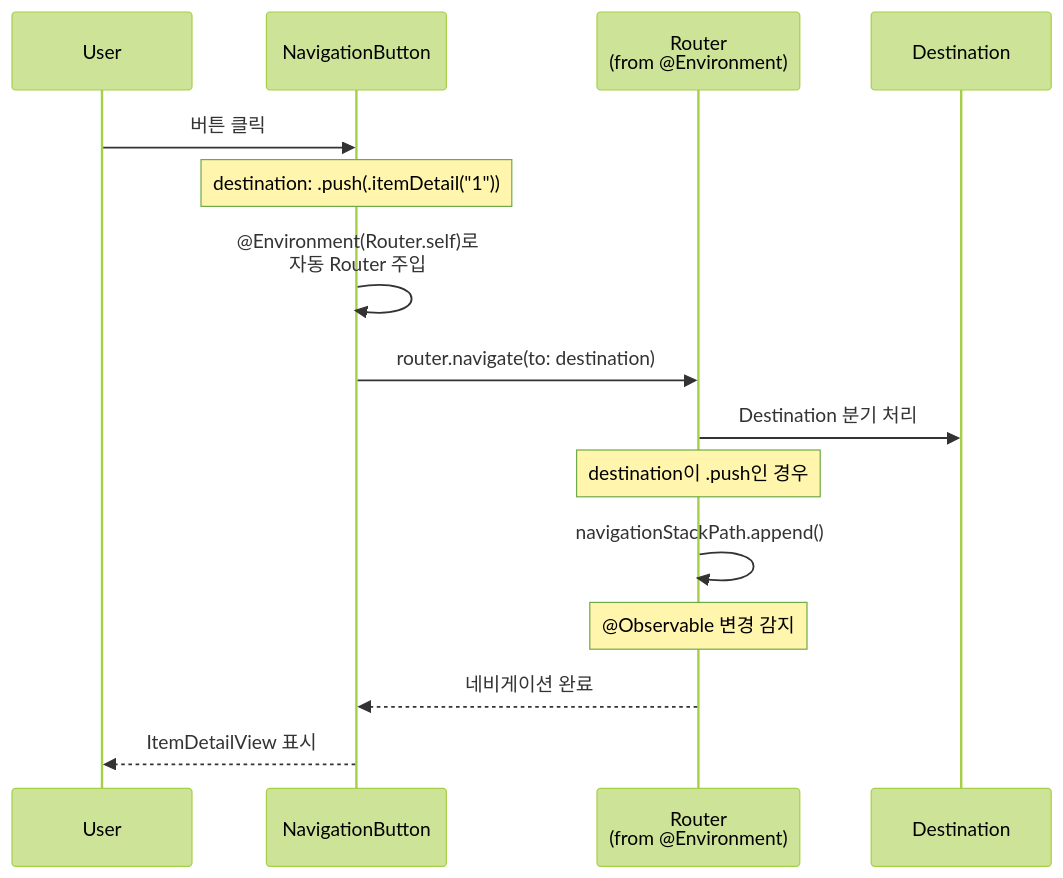
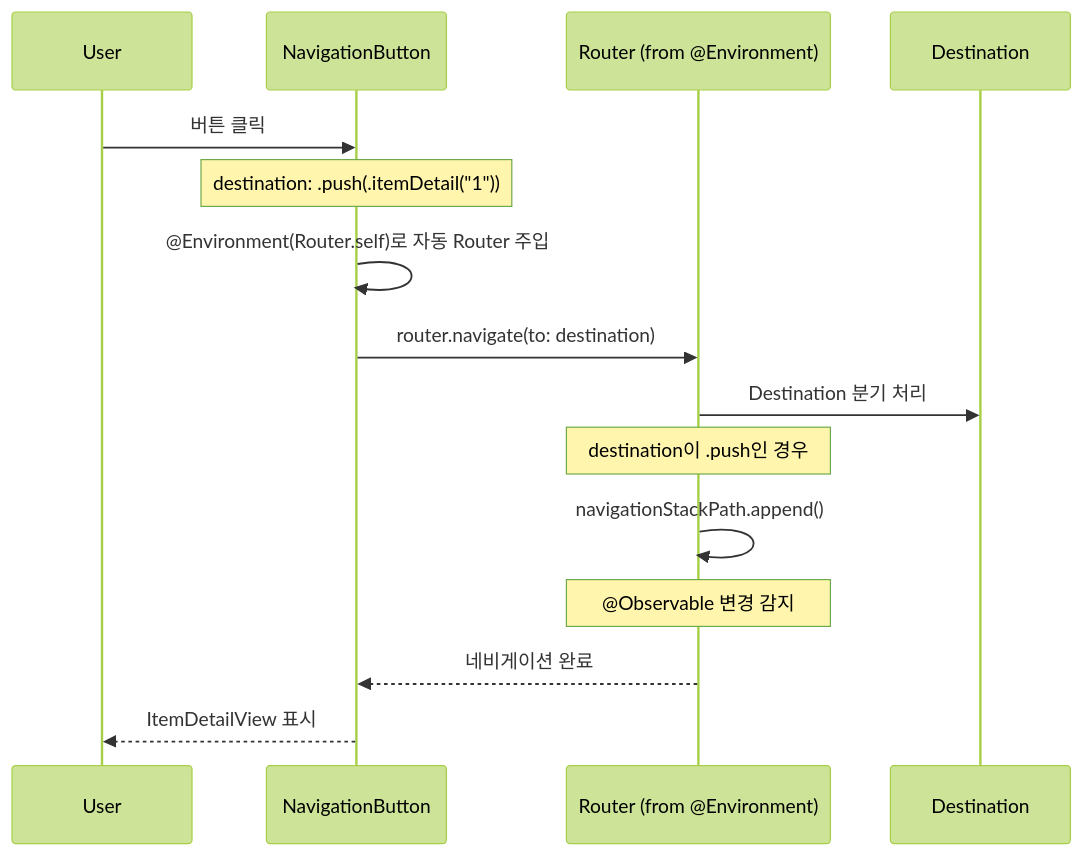
The sixth of 6 diagrams in README.md (youn9k/SwiftUI-Navigation-Demo), drawn with Mermaid (forest theme) before and after one commit. The commit also changed other lines of this file and 1 other file, not shown here.

````diff
--- a/README.md
+++ b/README.md
@@ -388,18 +388,18 @@
 ```mermaid
 sequenceDiagram
     participant U as User
     participant NB as NavigationButton
-    participant R as Router<br/>(from @Environment)
+    participant R as Router (from @Environment)
     participant Dest as Destination
 
     U->>NB: 버튼 클릭
     Note over NB: destination: .push(.itemDetail("1"))
-    NB->>NB: @Environment(Router.self)로<br/>자동 Router 주입
+    NB->>NB: @Environment(Router.self)로 자동 Router 주입
     NB->>R: router.navigate(to: destination)
     R->>Dest: Destination 분기 처리
     Note over R: destination이 .push인 경우
     R->>R: navigationStackPath.append()
     Note over R: @Observable 변경 감지
     R-->>NB: 네비게이션 완료
     NB-->>U: ItemDetailView 표시
 ```
````
